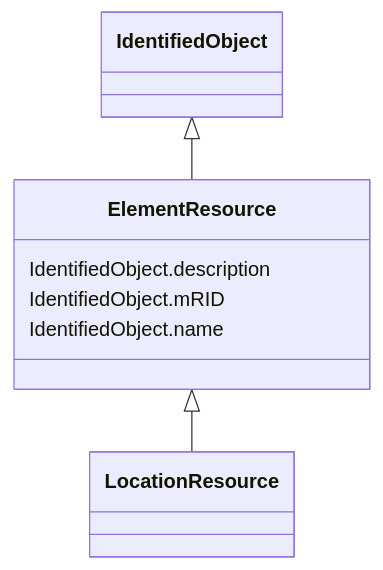
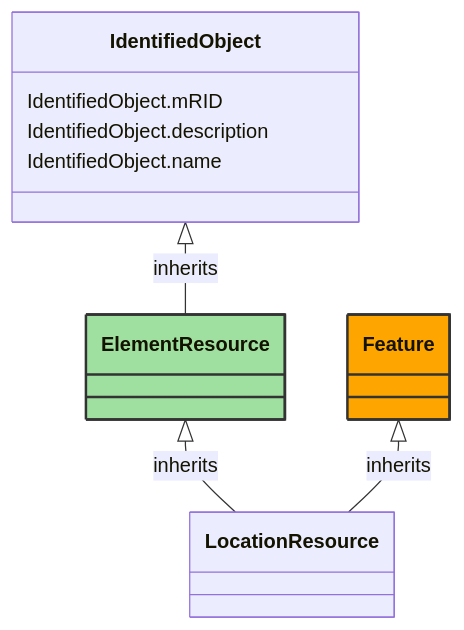
Before and after one commit to 3lbits/NoCIMExtensions: the diagram in docs/AviationObstacle/ElementResource.md, drawn with Mermaid. The commit also changed other lines of this file and 177 other files, not shown here.

````diff
--- a/docs/AviationObstacle/ElementResource.md
+++ b/docs/AviationObstacle/ElementResource.md
@@ -18,20 +10,28 @@
 ```mermaid
- classDiagram
+classDiagram
     class ElementResource
-    click ElementResource href "../ElementResource"
-      IdentifiedObject <|-- ElementResource
-        click IdentifiedObject href "../IdentifiedObject"
-      
+    click ElementResource href "/AviationObstacle/ElementResource/"
+    style ElementResource fill:#9fdf9f,stroke:#333,stroke-width:2px,rx:10,ry:10
 
-      ElementResource <|-- LocationResource
-        click LocationResource href "../LocationResource"
-      
-      
-      ElementResource : IdentifiedObject.description
-        
-      ElementResource : IdentifiedObject.mRID
-        
-      ElementResource : IdentifiedObject.name
-        
-      
+        ElementResource <|-- LocationResource : inherits
+            click ElementResource href "/AviationObstacle/ElementResource/"
+            style ElementResource rx:10,ry:10
+
+        LocationResource
+            click LocationResource href "/AviationObstacle/LocationResource/"
+            style LocationResource rx:10,ry:10
+
+        IdentifiedObject <|-- ElementResource : inherits
+            click IdentifiedObject href "/AviationObstacle/IdentifiedObject/"
+            style IdentifiedObject rx:10,ry:10
+
+        Feature <|-- LocationResource : inherits
+            click Feature href "/AviationObstacle/Feature/"
+            style Feature fill:#FFA500,stroke:#333,stroke-width:2px,rx:10,ry:10
+
+
+
+        IdentifiedObject : IdentifiedObject.mRID
+        IdentifiedObject : IdentifiedObject.description
+        IdentifiedObject : IdentifiedObject.name
 ```
````
